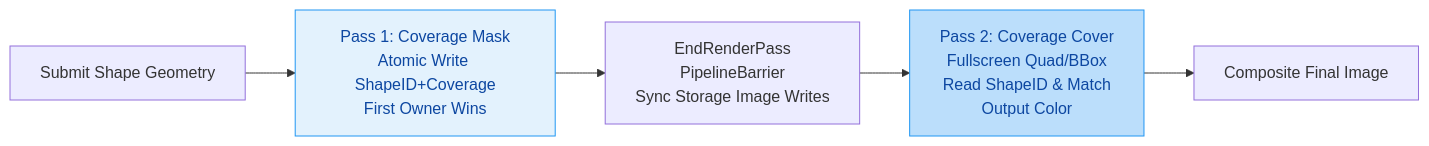
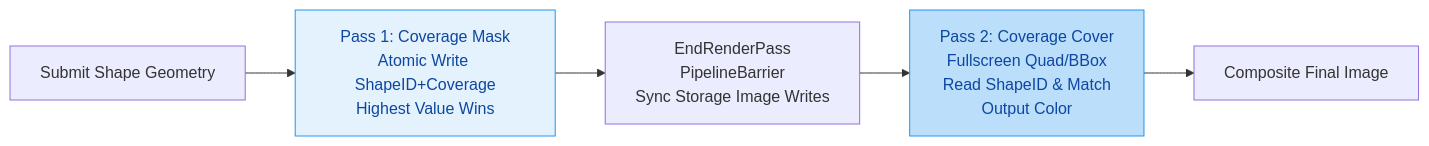
The diagram in docs/canvas_transparency_rendering.md (BeRo1985/pasvulkan), drawn with Mermaid before and after one commit. The commit also changed other lines of this file, not shown here.

````diff
--- a/docs/canvas_transparency_rendering.md
+++ b/docs/canvas_transparency_rendering.md
@@ -29,10 +29,10 @@
 ```mermaid
 flowchart LR
-    A[Submit Shape Geometry] --> B[Pass 1: Coverage Mask<br>Atomic Write ShapeID+Coverage<br>First Owner Wins]
+    A[Submit Shape Geometry] --> B[Pass 1: Coverage Mask<br>Atomic Write ShapeID+Coverage<br>Highest Value Wins]
     B --> C[EndRenderPass<br>PipelineBarrier<br>Sync Storage Image Writes]
     C --> D[Pass 2: Coverage Cover<br>Fullscreen Quad/BBox<br>Read ShapeID & Match<br>Output Color]
     D --> E[Composite Final Image]
 
     style B fill:#e3f2fd,stroke:#2196f3,color:#0d47a1
     style D fill:#bbdefb,stroke:#2196f3,color:#0d47a1
 ```
````
